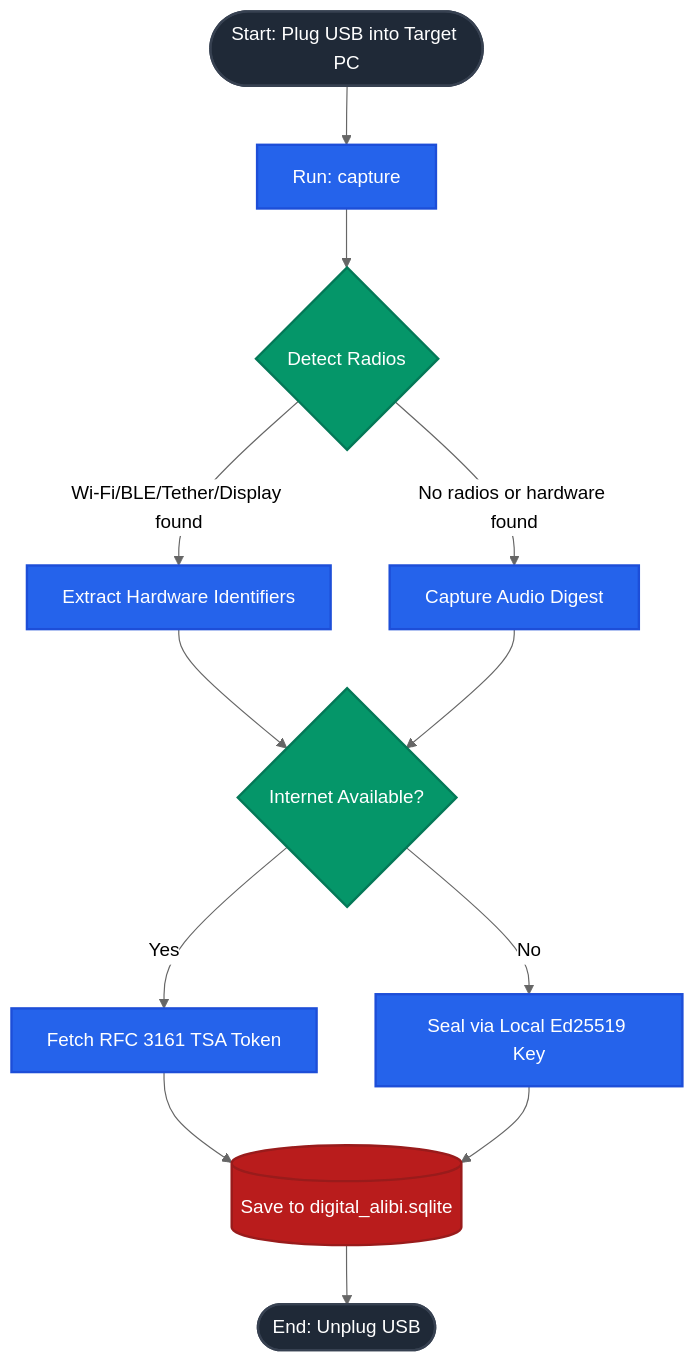
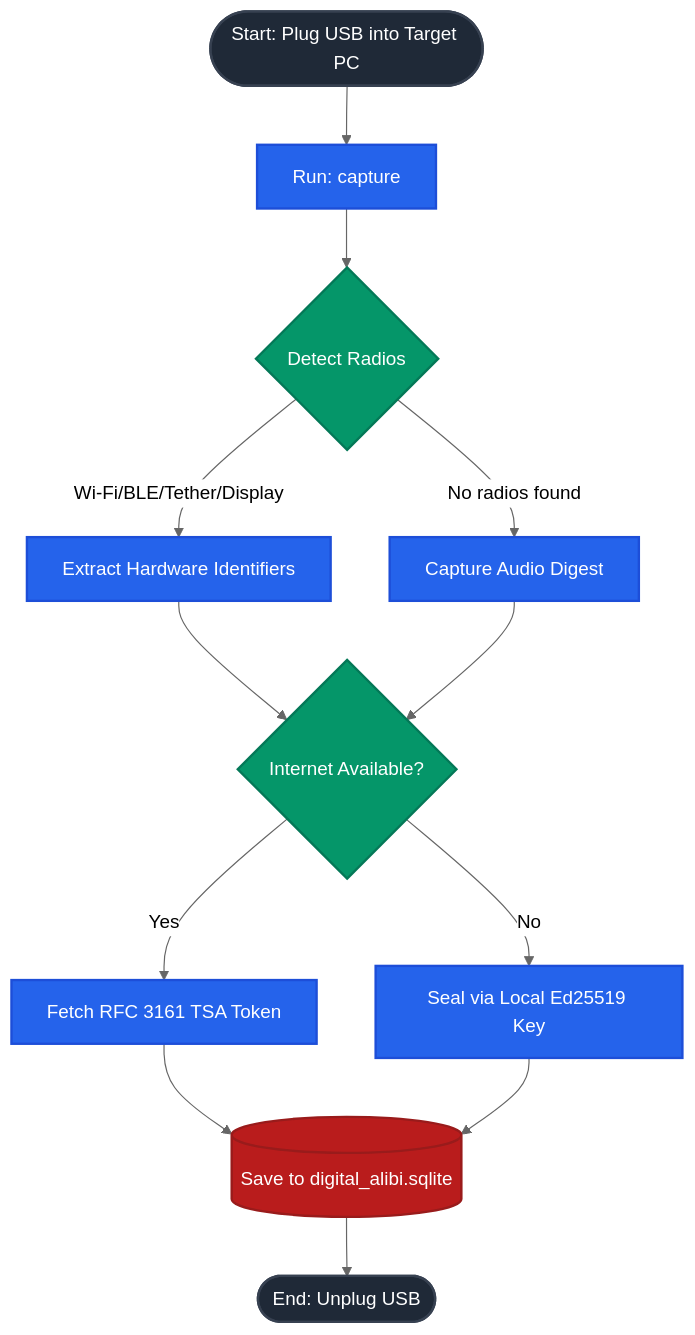
One commit to yottajunaid/DigitalAlibi changed the first of 2 diagrams in README.md. Above: the diagram before and after it, drawn with Mermaid (neutral theme). The commit also changed other lines of this file and 6 other files, not shown here.

````diff
--- a/README.md
+++ b/README.md
@@ -62,25 +62,24 @@
 ```mermaid
 graph TD
-    %% Define styles
     classDef startEnd fill:#1f2937,stroke:#374151,stroke-width:2px,color:#fff;
     classDef action fill:#2563eb,stroke:#1d4ed8,stroke-width:2px,color:#fff;
     classDef decision fill:#059669,stroke:#047857,stroke-width:2px,color:#fff;
     classDef database fill:#b91c1c,stroke:#991b1b,stroke-width:2px,color:#fff;
 
     A([Start: Plug USB into Target PC]):::startEnd --> B[Run: capture]:::action
     B --> C{Detect Radios}:::decision
     
-    C -->|Wi-Fi/BLE/Tether/Display found| D[Extract Hardware Identifiers]:::action
-    C -->|No radios or hardware found| E[Capture Audio Digest]:::action
+    C -->|Wi-Fi/BLE/Tether/Display| D[Extract Hardware Identifiers]:::action
+    C -->|No radios found| E[Capture Audio Digest]:::action
     
     D --> F{Internet Available?}:::decision
     E --> F
     
     F -->|Yes| G[Fetch RFC 3161 TSA Token]:::action
     F -->|No| H[Seal via Local Ed25519 Key]:::action
     
     G --> I[(Save to digital_alibi.sqlite)]:::database
     H --> I
     
     I --> J([End: Unplug USB]):::startEnd
 ```
````
